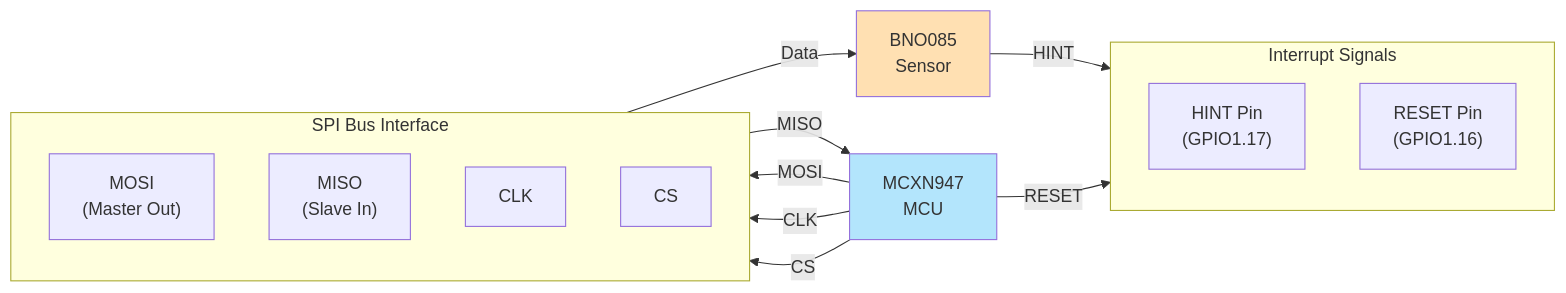
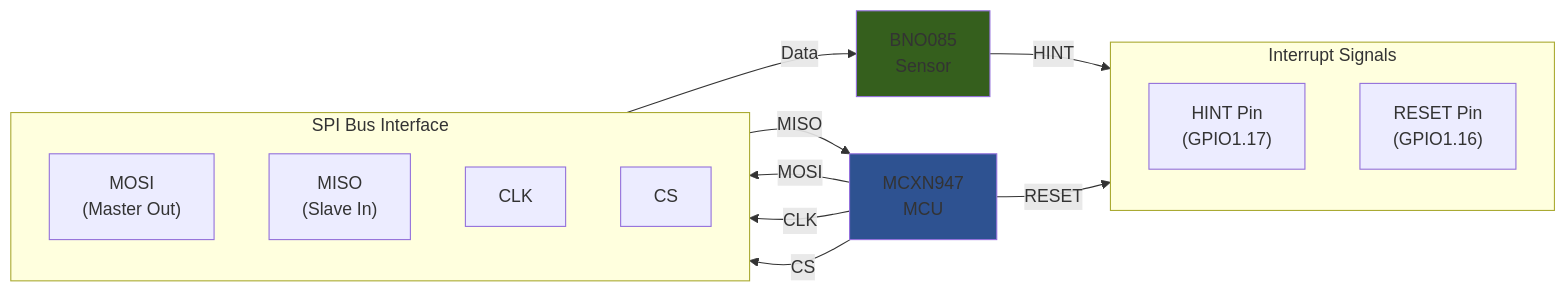
Before and after one commit to ivansigala/drone: the second of 4 diagrams in README.md, drawn with Mermaid. The commit also changed other lines of this file, not shown here.

````diff
--- a/README.md
+++ b/README.md
@@ -76,28 +76,28 @@
 ```mermaid
 graph LR
     subgraph SPI_Bus["SPI Bus Interface"]
         MOSI["MOSI<br/>(Master Out)"]
         MISO["MISO<br/>(Slave In)"]
         CLK["CLK"]
         CS["CS"]
     end
     
     subgraph Interrupts["Interrupt Signals"]
         HINT["HINT Pin<br/>(GPIO1.17)"]
         RESET["RESET Pin<br/>(GPIO1.16)"]
     end
     
     MCXN947["MCXN947<br/>MCU"]
     BNO["BNO085<br/>Sensor"]
     
     MCXN947 -->|MOSI| SPI_Bus
     SPI_Bus -->|MISO| MCXN947
     MCXN947 -->|CLK| SPI_Bus
     MCXN947 -->|CS| SPI_Bus
     SPI_Bus -->|Data| BNO
     BNO -->|HINT| Interrupts
     MCXN947 -->|RESET| Interrupts
     
-    style MCXN947 fill:#b3e5fc
-    style BNO fill:#ffe0b2
+    style MCXN947 fill:#2e5291
+    style BNO fill:#355f1d
 ```
````
